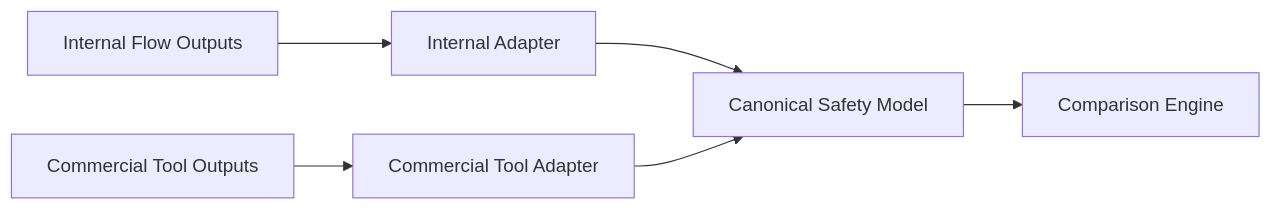
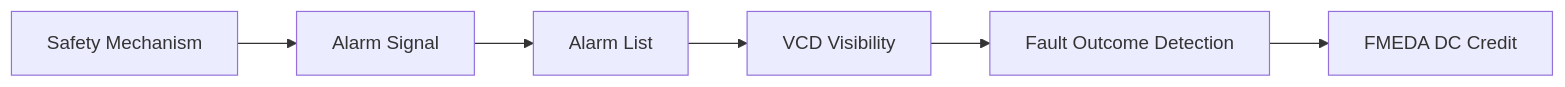
One commit to qiqixixi1001/automotive-safeic-practice changed the seventh of 10 diagrams in articles/17_automotive_safeic_practice_d17_github_en_commercial_tool_comparison.md. Above: the diagram before and after it, drawn with Mermaid. The commit also changed other lines of this file, not shown here.

````diff
--- a/articles/17_automotive_safeic_practice_d17_github_en_commercial_tool_comparison.md
+++ b/articles/17_automotive_safeic_practice_d17_github_en_commercial_tool_comparison.md
@@ -227,8 +477,8 @@
 ```mermaid
 flowchart LR
-    A[Internal Flow Outputs] --> C[Internal Adapter]
-    B[Commercial Tool Outputs] --> D[Commercial Tool Adapter]
-    C --> E[Canonical Safety Model]
-    D --> E
-    E --> F[Comparison Engine]
+    A[Safety Mechanism] --> B[Alarm Signal]
+    B --> C[Alarm List]
+    C --> D[VCD Visibility]
+    D --> E[Fault Outcome Detection]
+    E --> F[FMEDA DC Credit]
 ```
````
